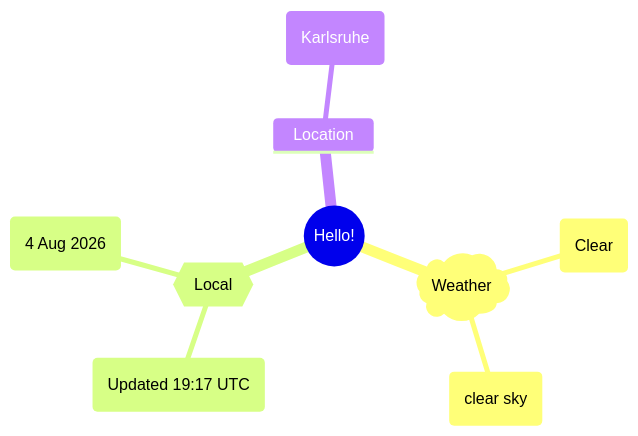
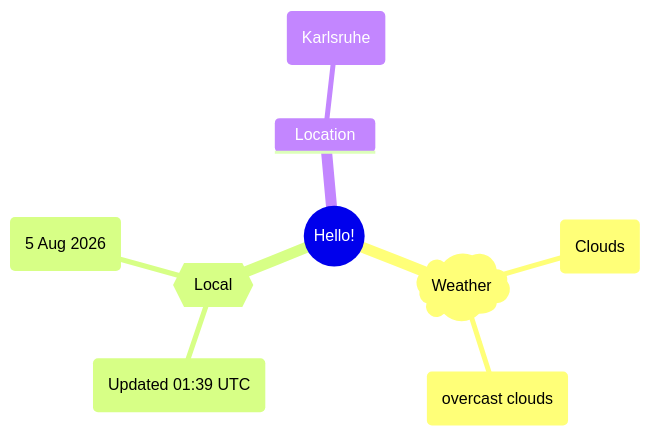
One commit to Xosrov/Xosrov changed the first of 2 diagrams in README.md. Above: the diagram before and after it, drawn with Mermaid.

Commit message:
[bot] updated images

````diff
--- a/README.md
+++ b/README.md
@@ -3,12 +3,12 @@
 ```mermaid
 mindmap
   root((Hello!))
     )Weather(
-        (Clear)
-        (clear sky)
+        (Clouds)
+        (overcast clouds)
     {{Local}}
-        (Updated 19:17 UTC)
-        (4 Aug 2026)
+        (Updated 01:39 UTC)
+        (5 Aug 2026)
     Location
         (Karlsruhe)
 ```
````
